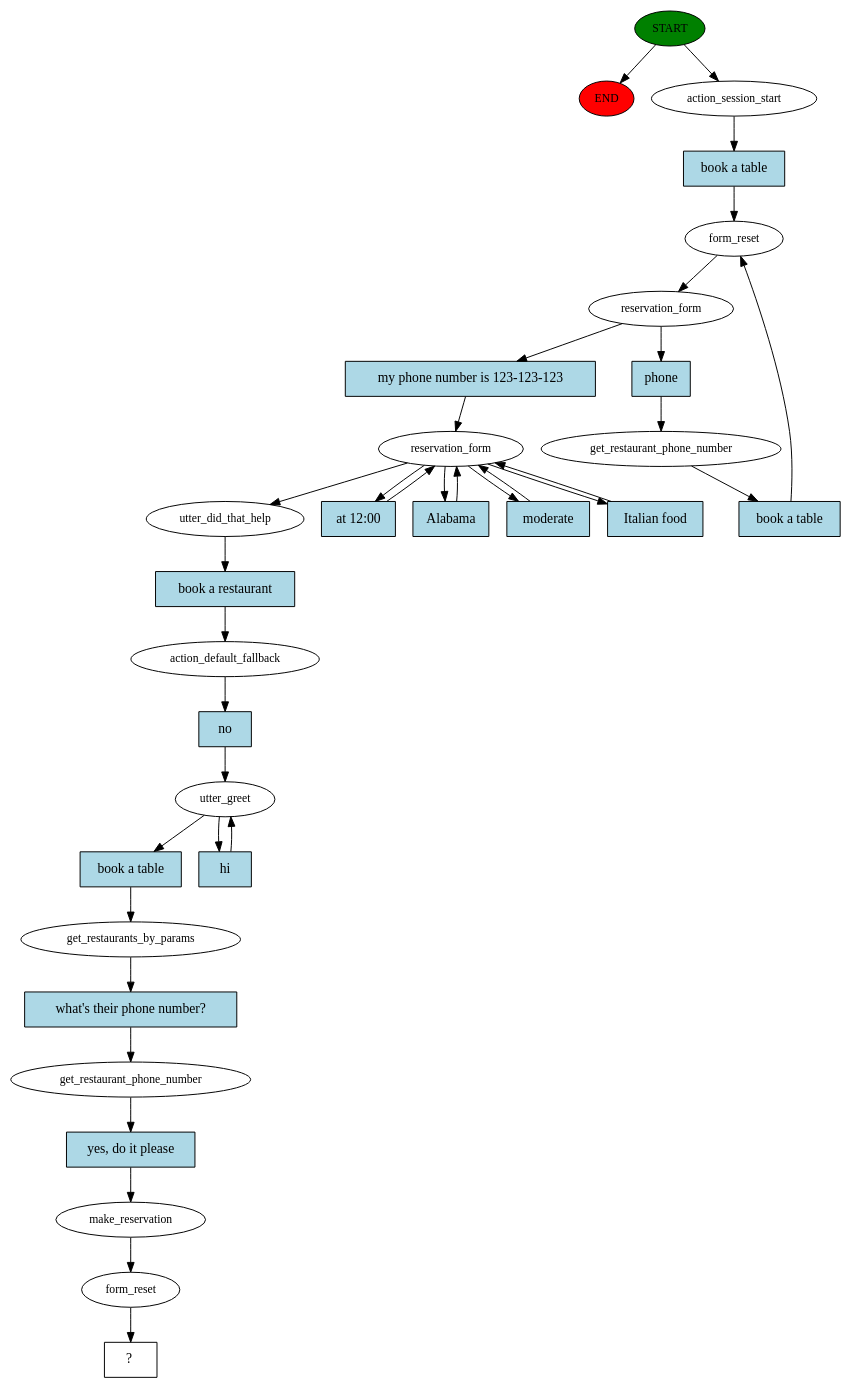
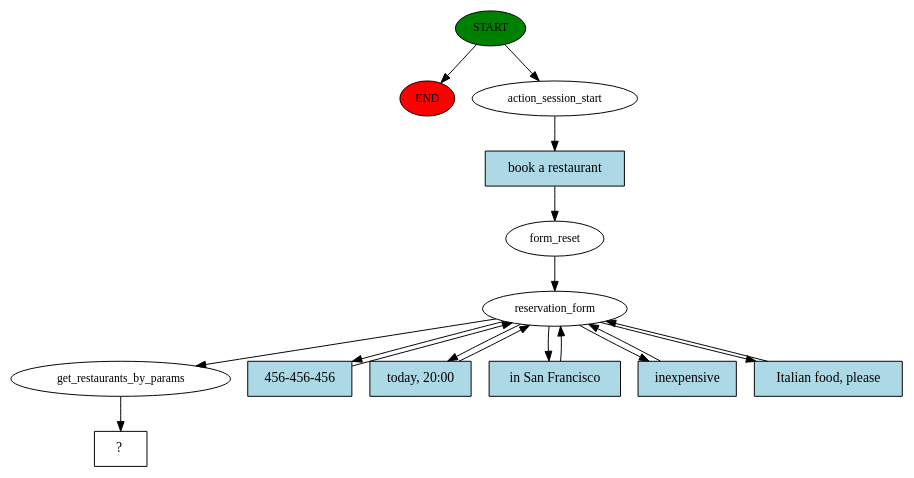
Before and after one commit to zegabr/pln-chatbot: the diagram in rasa/story_graph.dot, drawn with Graphviz. The commit also changed 10 other files, not shown here.

```diff
--- a/rasa/story_graph.dot
+++ b/rasa/story_graph.dot
@@ -1,65 +1,32 @@
 digraph  {
 0 [class="start active", fillcolor=green, fontsize=12, label=START, style=filled];
 "-1" [class=end, fillcolor=red, fontsize=12, label=END, style=filled];
 1 [class=active, fontsize=12, label=action_session_start];
 2 [class=active, fontsize=12, label=form_reset];
 3 [class=active, fontsize=12, label=reservation_form];
-4 [class=active, fontsize=12, label=get_restaurant_phone_number];
-7 [class=active, fontsize=12, label=reservation_form];
-12 [class=active, fontsize=12, label=utter_did_that_help];
-13 [class=active, fontsize=12, label=action_default_fallback];
-14 [class=active, fontsize=12, label=utter_greet];
-16 [class=active, fontsize=12, label=get_restaurants_by_params];
-17 [class=active, fontsize=12, label=get_restaurant_phone_number];
-18 [class=active, fontsize=12, label=make_reservation];
-19 [class=active, fontsize=12, label=form_reset];
-20 [class="intent dashed active", label="  ?  ", shape=rect];
-21 [class="intent active", fillcolor=lightblue, label="book a table", shape=rect, style=filled];
-22 [class="intent active", fillcolor=lightblue, label=phone, shape=rect, style=filled];
-23 [class="intent active", fillcolor=lightblue, label="my phone number is 123-123-123", shape=rect, style=filled];
-24 [class="intent active", fillcolor=lightblue, label="book a table", shape=rect, style=filled];
-25 [class="intent active", fillcolor=lightblue, label="at 12:00", shape=rect, style=filled];
-26 [class="intent active", fillcolor=lightblue, label=Alabama, shape=rect, style=filled];
-27 [class="intent active", fillcolor=lightblue, label=moderate, shape=rect, style=filled];
-28 [class="intent active", fillcolor=lightblue, label="Italian food", shape=rect, style=filled];
-29 [class="intent active", fillcolor=lightblue, label="book a restaurant", shape=rect, style=filled];
-30 [class="intent active", fillcolor=lightblue, label=no, shape=rect, style=filled];
-31 [class="intent active", fillcolor=lightblue, label="book a table", shape=rect, style=filled];
-32 [class="intent active", fillcolor=lightblue, label=hi, shape=rect, style=filled];
-33 [class="intent active", fillcolor=lightblue, label="what's their phone number?", shape=rect, style=filled];
-34 [class="intent active", fillcolor=lightblue, label="yes, do it please", shape=rect, style=filled];
+9 [class=active, fontsize=12, label=get_restaurants_by_params];
+10 [class="intent dashed active", label="  ?  ", shape=rect];
+11 [class="intent active", fillcolor=lightblue, label="book a restaurant", shape=rect, style=filled];
+12 [class="intent active", fillcolor=lightblue, label="456-456-456", shape=rect, style=filled];
+13 [class="intent active", fillcolor=lightblue, label="today, 20:00", shape=rect, style=filled];
+14 [class="intent active", fillcolor=lightblue, label="in San Francisco", shape=rect, style=filled];
+15 [class="intent active", fillcolor=lightblue, label=inexpensive, shape=rect, style=filled];
+16 [class="intent active", fillcolor=lightblue, label="Italian food, please", shape=rect, style=filled];
 0 -> "-1"  [class="", key=NONE, label=""];
 0 -> 1  [class=active, key=NONE, label=""];
-1 -> 21  [class=active, key=0];
+1 -> 11  [class=active, key=0];
 2 -> 3  [class=active, key=NONE, label=""];
-3 -> 22  [class=active, key=0];
-3 -> 23  [class=active, key=0];
-4 -> 24  [class=active, key=0];
-7 -> 12  [class=active, key=NONE, label=""];
-7 -> 25  [class=active, key=0];
-7 -> 26  [class=active, key=0];
-7 -> 27  [class=active, key=0];
-7 -> 28  [class=active, key=0];
-12 -> 29  [class=active, key=0];
-13 -> 30  [class=active, key=0];
-14 -> 31  [class=active, key=0];
-14 -> 32  [class=active, key=0];
-16 -> 33  [class=active, key=0];
-17 -> 34  [class=active, key=0];
-18 -> 19  [class=active, key=NONE, label=""];
-19 -> 20  [class=active, key=NONE, label=""];
-21 -> 2  [class=active, key=0];
-22 -> 4  [class=active, key=0];
-23 -> 7  [class=active, key=0];
-24 -> 2  [class=active, key=0];
-25 -> 7  [class=active, key=0];
-26 -> 7  [class=active, key=0];
-27 -> 7  [class=active, key=0];
-28 -> 7  [class=active, key=0];
-29 -> 13  [class=active, key=0];
-30 -> 14  [class=active, key=0];
-31 -> 16  [class=active, key=0];
-32 -> 14  [class=active, key=0];
-33 -> 17  [class=active, key=0];
-34 -> 18  [class=active, key=0];
+3 -> 9  [class=active, key=NONE, label=""];
+3 -> 12  [class=active, key=0];
+3 -> 13  [class=active, key=0];
+3 -> 14  [class=active, key=0];
+3 -> 15  [class=active, key=0];
+3 -> 16  [class=active, key=0];
+9 -> 10  [class=active, key=NONE, label=""];
+11 -> 2  [class=active, key=0];
+12 -> 3  [class=active, key=0];
+13 -> 3  [class=active, key=0];
+14 -> 3  [class=active, key=0];
+15 -> 3  [class=active, key=0];
+16 -> 3  [class=active, key=0];
 }
```
